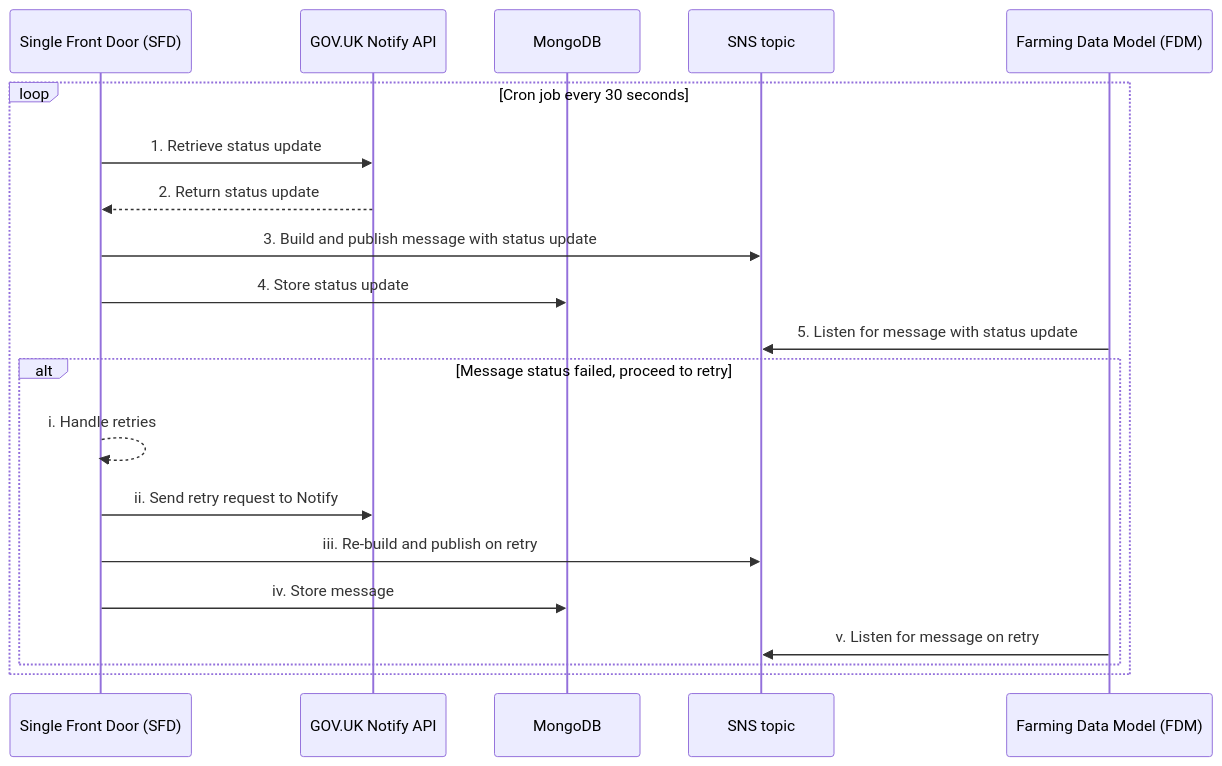
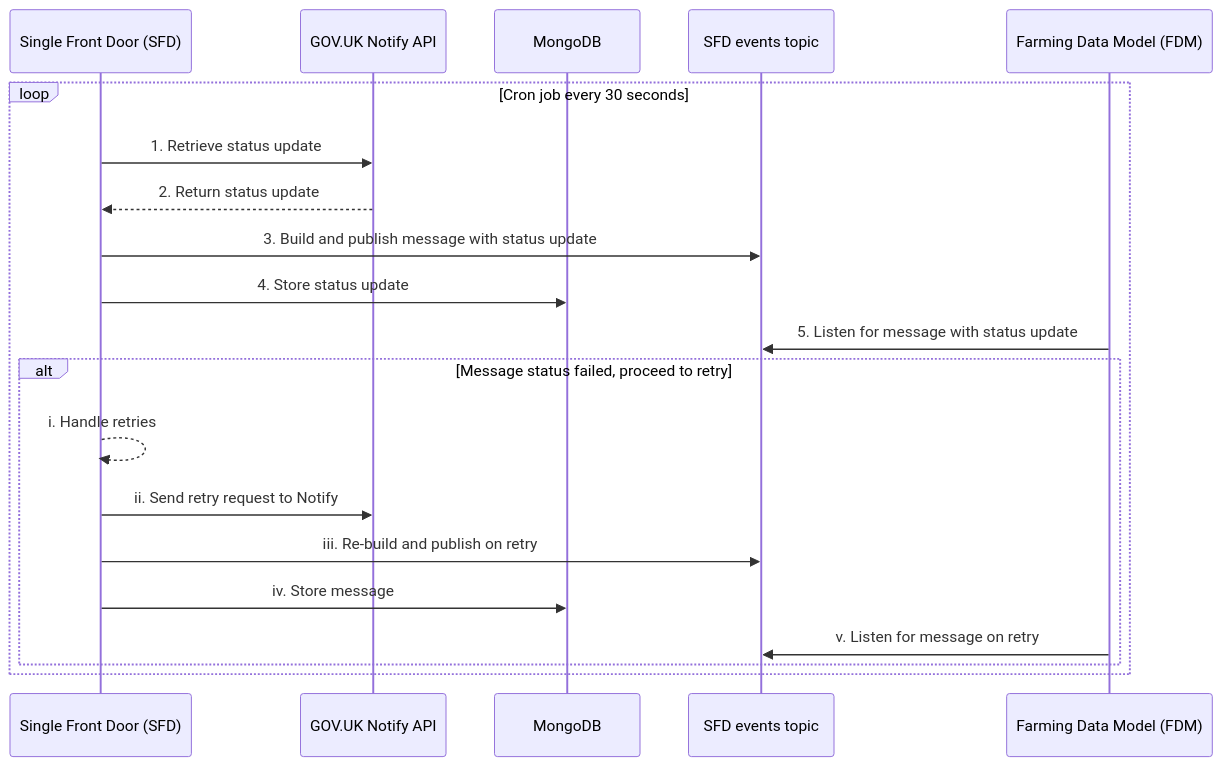
The second of 2 diagrams in README.md (DEFRA/fcp-sfd-comms), drawn with Mermaid before and after one commit.

````diff
--- a/README.md
+++ b/README.md
@@ -81,24 +81,24 @@
 ```mermaid
 sequenceDiagram
     participant SFD as Single Front Door (SFD)
     participant NOTIFY as GOV.UK Notify API
     participant MONGO as MongoDB
-    participant SNS as SNS topic
+    participant SNS as SFD events topic
     participant FDM as Farming Data Model (FDM)
 
     loop Cron job every 30 seconds
         SFD->>NOTIFY: 1. Retrieve status update
         NOTIFY-->>SFD: 2. Return status update
         SFD->>SNS: 3. Build and publish message with status update
         SFD->>MONGO: 4. Store status update
         FDM->>SNS: 5. Listen for message with status update
 
         alt Message status failed, proceed to retry
             SFD-->>SFD: i. Handle retries
             SFD->>NOTIFY: ii. Send retry request to Notify
             SFD->>SNS: iii. Re-build and publish on retry
             SFD->>MONGO: iv. Store message
             FDM->>SNS: v. Listen for message on retry
         end
     end
 ```
````
